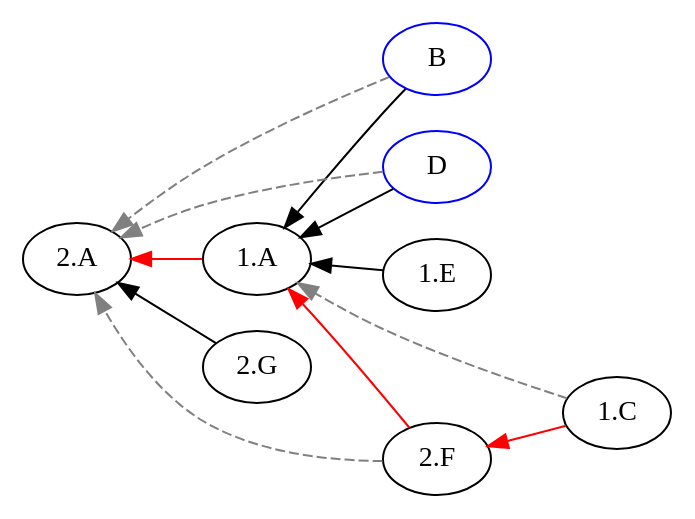
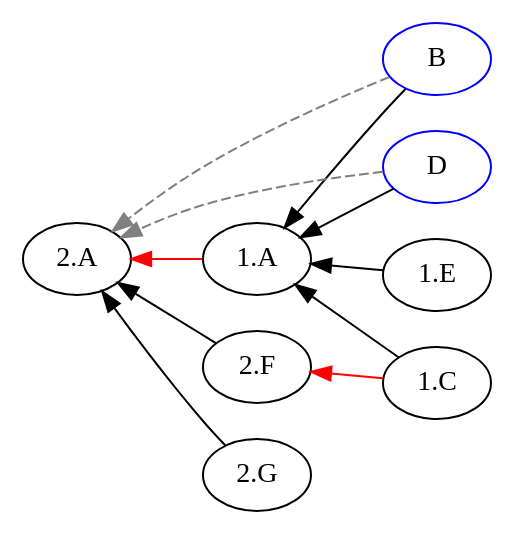
One commit to EulerProject/EulerX changed the diagram in example/output/abstract4/abstract4_pw_1.dot. Above: the diagram before and after it, drawn with Graphviz. The commit also changed 10 other files, not shown here.

```diff
--- a/example/output/abstract4/abstract4_pw_1.dot
+++ b/example/output/abstract4/abstract4_pw_1.dot
@@ -1,20 +1,19 @@
 digraph {
 
 rankdir = RL
 
 "B" [color=blue];
 "D" [color=blue];
 "B" [color=blue];
 "D" [color=blue];
+"1.C" -> "1.A" [style=filled, color=black];
 "1.E" -> "1.A" [style=filled, color=black];
+"2.F" -> "2.A" [style=filled, color=black];
 "2.G" -> "2.A" [style=filled, color=black];
-"2.F" -> "1.A" [style=filled, color=red];
 "1.A" -> "2.A" [style=filled, color=red];
 "1.C" -> "2.F" [style=filled, color=red];
 "B" -> "1.A" [style=filled, color=black];
 "D" -> "1.A" [style=filled, color=black];
-"2.F" -> "2.A" [style=dashed, color=grey];
-"1.C" -> "1.A" [style=dashed, color=grey];
 "B" -> "2.A" [style=dashed, color=grey];
 "D" -> "2.A" [style=dashed, color=grey];
 }
```
